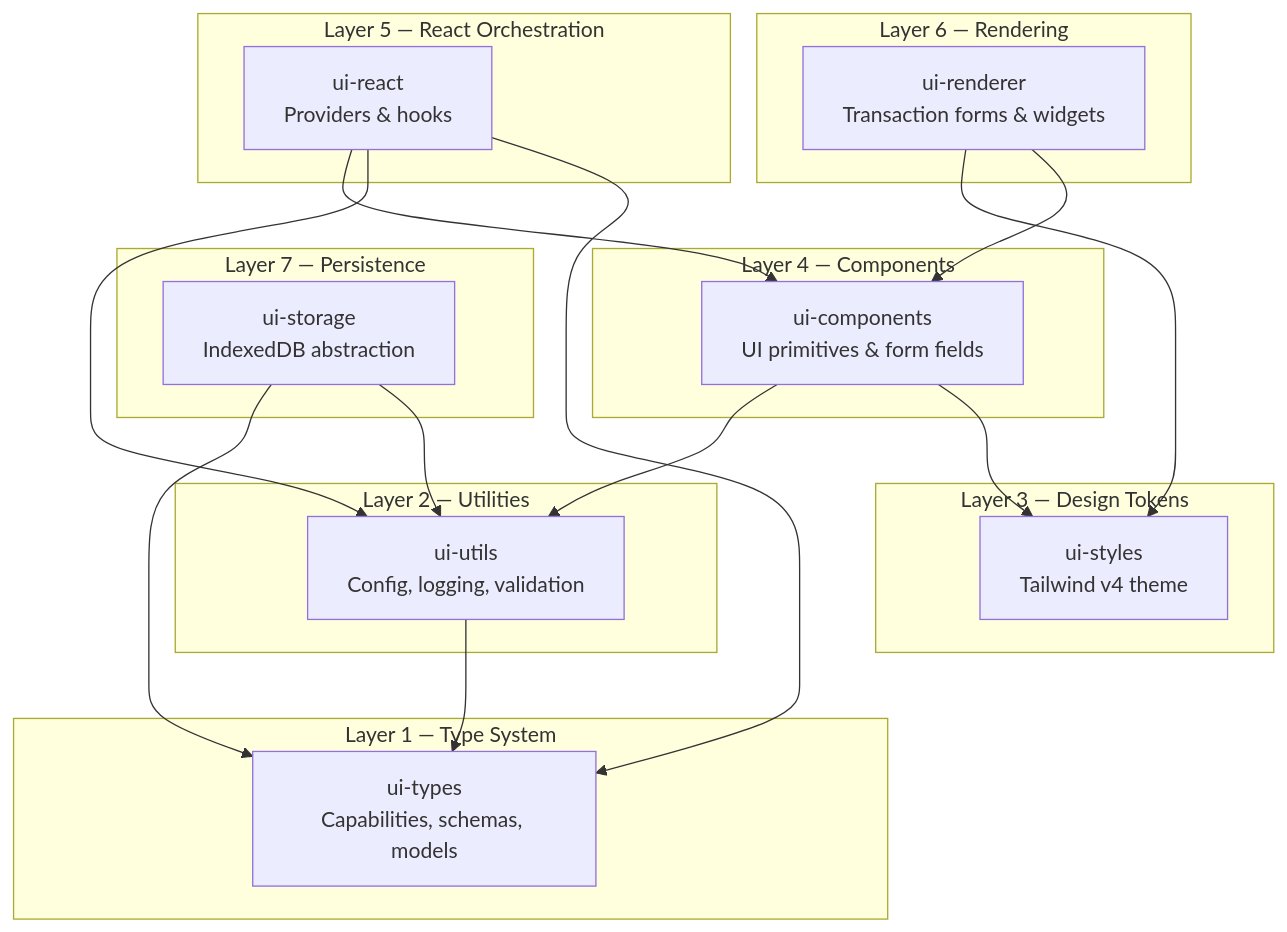
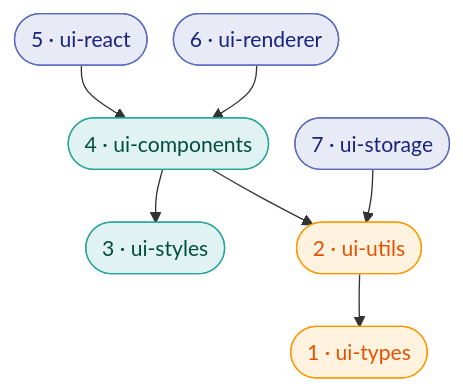
One commit to OpenZeppelin/docs changed the first of 5 diagrams in content/tools/uikit/architecture.mdx. Above: the diagram before and after it, drawn with Mermaid. The commit also changed other lines of this file and 1 other file, not shown here.

First line of the commit message:
docs(uikit): rewrite Mermaid diagrams for clean layout

````diff
--- a/content/tools/uikit/architecture.mdx
+++ b/content/tools/uikit/architecture.mdx
@@ -11,41 +11,26 @@
 ```mermaid
-graph TB
-  subgraph "Layer 7 — Persistence"
-    Storage["ui-storage<br/>IndexedDB abstraction"]
-  end
-
-  subgraph "Layer 6 — Rendering"
-    Renderer["ui-renderer<br/>Transaction forms & widgets"]
-  end
-
-  subgraph "Layer 5 — React Orchestration"
-    ReactPkg["ui-react<br/>Providers & hooks"]
-  end
-
-  subgraph "Layer 4 — Components"
-    Components["ui-components<br/>UI primitives & form fields"]
-  end
-
-  subgraph "Layer 3 — Design Tokens"
-    Styles["ui-styles<br/>Tailwind v4 theme"]
-  end
-
-  subgraph "Layer 2 — Utilities"
-    Utils["ui-utils<br/>Config, logging, validation"]
-  end
-
-  subgraph "Layer 1 — Type System"
-    Types["ui-types<br/>Capabilities, schemas, models"]
-  end
+%%{init: {'flowchart': {'nodeSpacing': 20, 'rankSpacing': 40}} }%%
+flowchart TD
+  Storage(["7 · ui-storage"])
+  Renderer(["6 · ui-renderer"])
+  ReactPkg(["5 · ui-react"])
+  Components(["4 · ui-components"])
+  Styles(["3 · ui-styles"])
+  Utils(["2 · ui-utils"])
+  Types(["1 · ui-types"])
 
   Storage --> Utils
-  Storage --> Types
   Renderer --> Components
-  Renderer --> Styles
-  ReactPkg --> Types
-  ReactPkg --> Utils
   ReactPkg --> Components
   Components --> Styles
   Components --> Utils
   Utils --> Types
+
+  style Storage fill:#e8eaf6,stroke:#5c6bc0,color:#1a237e
+  style Renderer fill:#e8eaf6,stroke:#5c6bc0,color:#1a237e
+  style ReactPkg fill:#e8eaf6,stroke:#5c6bc0,color:#1a237e
+  style Components fill:#e0f2f1,stroke:#26a69a,color:#004d40
+  style Styles fill:#e0f2f1,stroke:#26a69a,color:#004d40
+  style Utils fill:#fff3e0,stroke:#ff9800,color:#e65100
+  style Types fill:#fff3e0,stroke:#ff9800,color:#e65100
 ```
````
